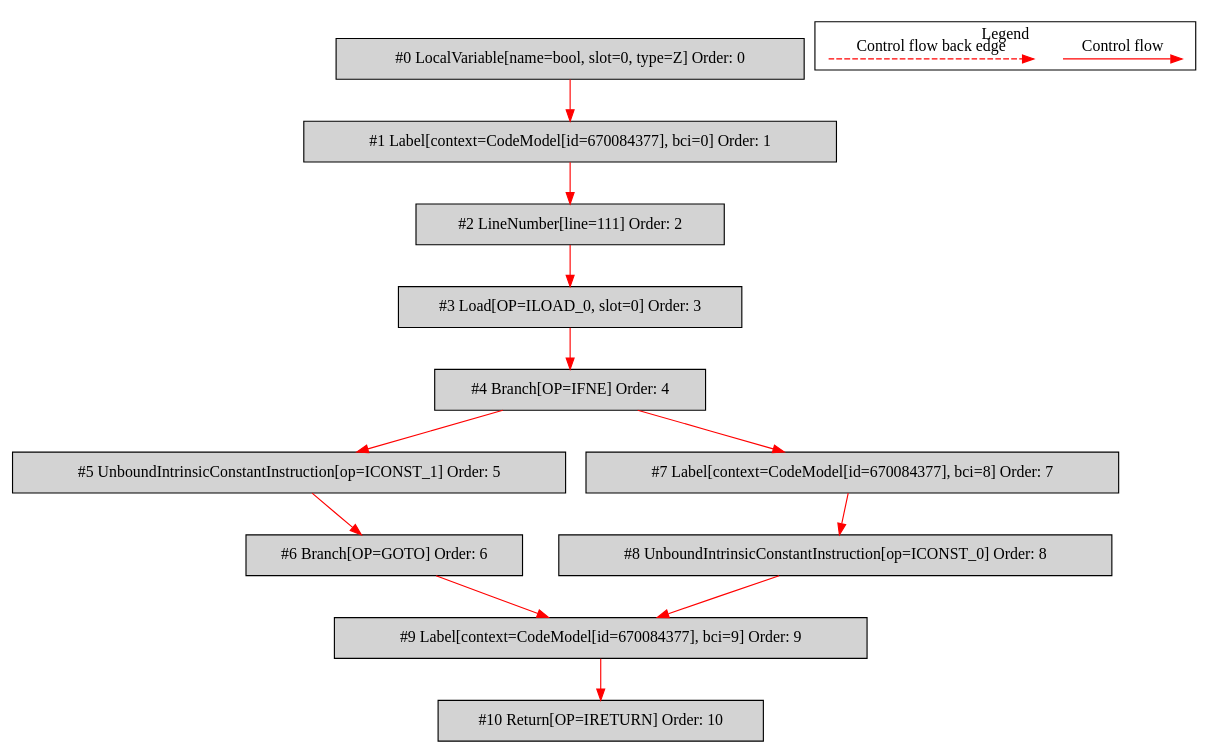
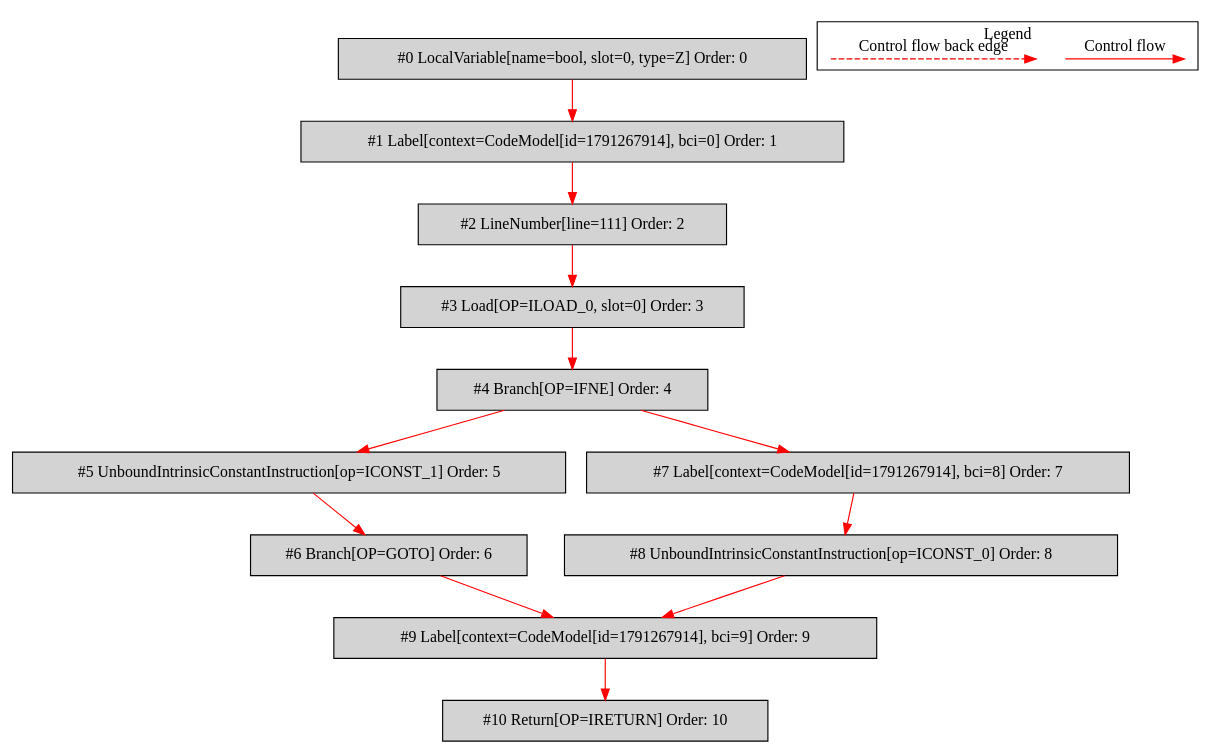
The diagram in de.mirkosertic.metair.ir.examples.MethodInvokeTest/staticReturnBoolean/bytecodecfg.dot (mirkosertic/MetaIR), drawn with Graphviz before and after one commit. The commit also changed 462 other files, not shown here.

```diff
--- a/de.mirkosertic.metair.ir.examples.MethodInvokeTest/staticReturnBoolean/bytecodecfg.dot
+++ b/de.mirkosertic.metair.ir.examples.MethodInvokeTest/staticReturnBoolean/bytecodecfg.dot
@@ -1,39 +1,39 @@
 digraph {
  ordering="in";
  node0[label="#0 LocalVariable[name=bool, slot=0, type=Z] Order: 0", shape=box, fillcolor=lightgrey, style=filled];
- node1[label="#1 Label[context=CodeModel[id=670084377], bci=0] Order: 1", shape=box, fillcolor=lightgrey, style=filled];
+ node1[label="#1 Label[context=CodeModel[id=1791267914], bci=0] Order: 1", shape=box, fillcolor=lightgrey, style=filled];
  node2[label="#2 LineNumber[line=111] Order: 2", shape=box, fillcolor=lightgrey, style=filled];
  node3[label="#3 Load[OP=ILOAD_0, slot=0] Order: 3", shape=box, fillcolor=lightgrey, style=filled];
  node4[label="#4 Branch[OP=IFNE] Order: 4", shape=box, fillcolor=lightgrey, style=filled];
  node5[label="#5 UnboundIntrinsicConstantInstruction[op=ICONST_1] Order: 5", shape=box, fillcolor=lightgrey, style=filled];
  node6[label="#6 Branch[OP=GOTO] Order: 6", shape=box, fillcolor=lightgrey, style=filled];
- node7[label="#7 Label[context=CodeModel[id=670084377], bci=8] Order: 7", shape=box, fillcolor=lightgrey, style=filled];
+ node7[label="#7 Label[context=CodeModel[id=1791267914], bci=8] Order: 7", shape=box, fillcolor=lightgrey, style=filled];
  node8[label="#8 UnboundIntrinsicConstantInstruction[op=ICONST_0] Order: 8", shape=box, fillcolor=lightgrey, style=filled];
- node9[label="#9 Label[context=CodeModel[id=670084377], bci=9] Order: 9", shape=box, fillcolor=lightgrey, style=filled];
+ node9[label="#9 Label[context=CodeModel[id=1791267914], bci=9] Order: 9", shape=box, fillcolor=lightgrey, style=filled];
  node10[label="#10 Return[OP=IRETURN] Order: 10", shape=box, fillcolor=lightgrey, style=filled];
  node0 -> node1[color=red];
  node1 -> node2[color=red];
  node2 -> node3[color=red];
  node3 -> node4[color=red];
  node4 -> node5[color=red];
  node5 -> node6[color=red];
  node4 -> node7[color=red];
  node7 -> node8[color=red];
  node6 -> node9[color=red];
  node8 -> node9[color=red];
  node9 -> node10[color=red];
  subgraph cluster_000 {
   label = "Legend";
   node [shape=point]
   {
    rank=same;
    c0 [style = invis];
    c1 [style = invis];
    c2 [style = invis];
    c3 [style = invis];
   }
   c0 -> c1 [label="Control flow", style=solid, color=red]
   c2 -> c3 [label="Control flow back edge", style=dashed, color=red]
  }
 
 }
```
